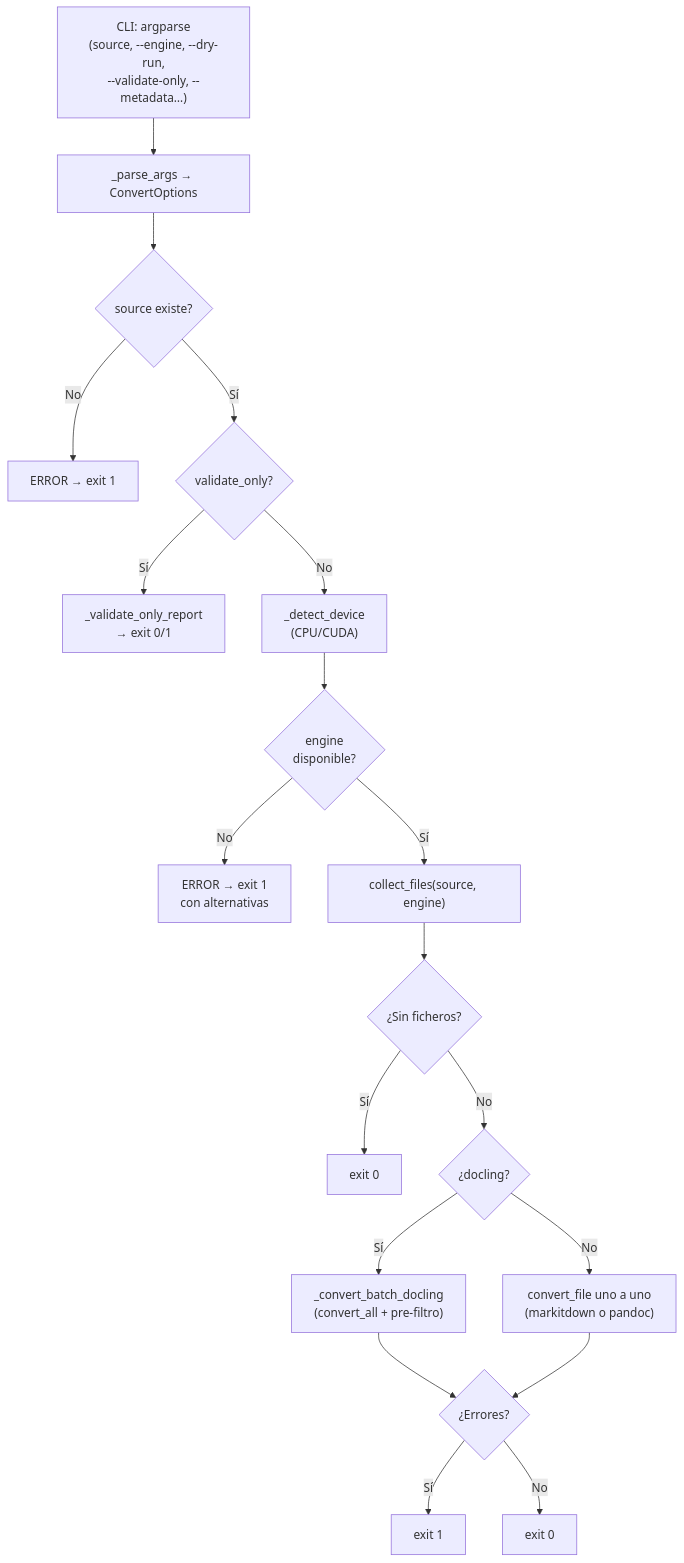
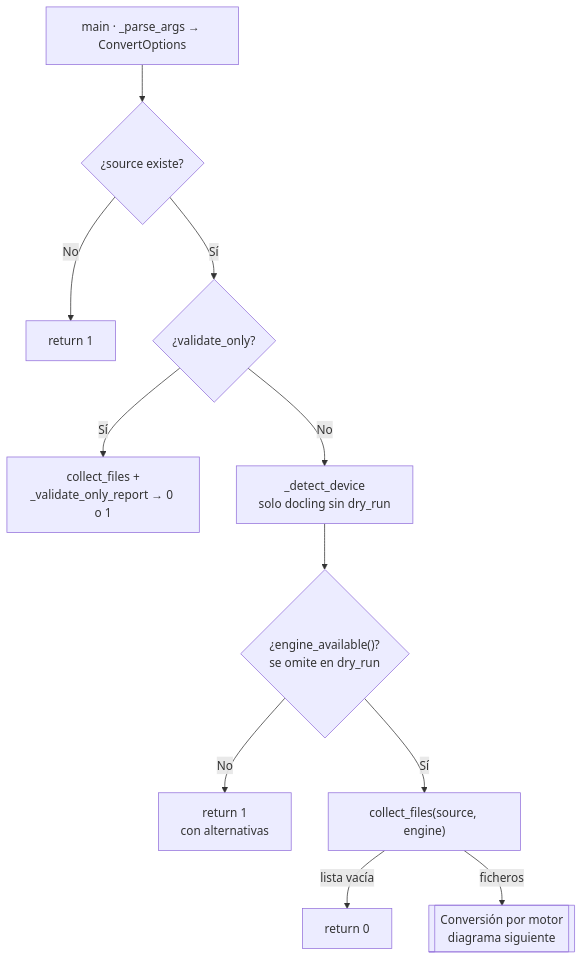
Before and after one commit to fmanza/doc_ia: the first of 2 diagrams in docs/api/convert_to_md.md, drawn with Mermaid. The commit also changed other lines of this file and 10 other files, not shown here.

First line of the commit message:
docs(diagrams): rediseño de diagramas grandes o duplicados y test de ≤12 nodos

````diff
--- a/docs/api/convert_to_md.md
+++ b/docs/api/convert_to_md.md
@@ -17,22 +17,15 @@
 ```mermaid
 flowchart TD
-    CLI["CLI: argparse\n(source, --engine, --dry-run,\n--validate-only, --metadata…)"]
-    CLI --> PA["_parse_args → ConvertOptions"]
-    PA --> SE{source existe?}
-    SE -- No --> ERR["ERROR → exit 1"]
-    SE -- Sí --> VO{validate_only?}
-    VO -- Sí --> VREP["_validate_only_report\n→ exit 0/1"]
-    VO -- No --> DEV["_detect_device\n(CPU/CUDA)"]
-    DEV --> ENG{engine\ndisponible?}
-    ENG -- No --> ENGERR["ERROR → exit 1\ncon alternativas"]
+    accTitle: Despacho de main en convert_to_md
+    accDescr: main analiza los argumentos, sale con 1 si el origen no existe, delega en el informe de validación con validate_only, detecta el dispositivo para docling, comprueba el motor y reúne los ficheros antes de convertir.
+    MAIN["main · _parse_args → ConvertOptions"] --> SE{¿source existe?}
+    SE -- No --> X1["return 1"]
+    SE -- Sí --> VO{¿validate_only?}
+    VO -- Sí --> VREP["collect_files +<br/>_validate_only_report → 0 o 1"]
+    VO -- No --> DEV["_detect_device<br/>solo docling sin dry_run"]
+    DEV --> ENG{"¿engine_available()?<br/>se omite en dry_run"}
+    ENG -- No --> X2["return 1<br/>con alternativas"]
     ENG -- Sí --> CF["collect_files(source, engine)"]
-    CF --> EMPTY{¿Sin ficheros?}
-    EMPTY -- Sí --> OK0["exit 0"]
-    EMPTY -- No --> BATCH{¿docling?}
-    BATCH -- Sí --> BA["_convert_batch_docling\n(convert_all + pre-filtro)"]
-    BATCH -- No --> LOOP["convert_file uno a uno\n(markitdown o pandoc)"]
-    BA --> FINAL
-    LOOP --> FINAL{¿Errores?}
-    FINAL -- Sí --> EXIT1["exit 1"]
-    FINAL -- No --> EXIT0["exit 0"]
+    CF -- lista vacía --> X0["return 0"]
+    CF -- ficheros --> CONV[[Conversión por motor<br/>diagrama siguiente]]
 ```
````
